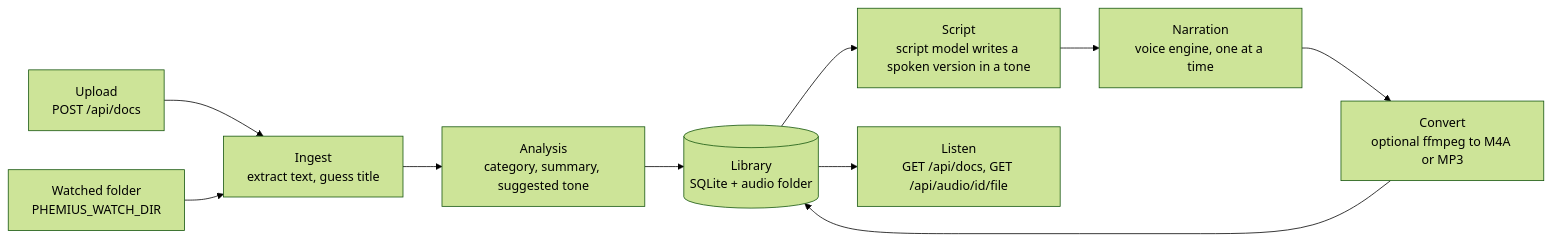
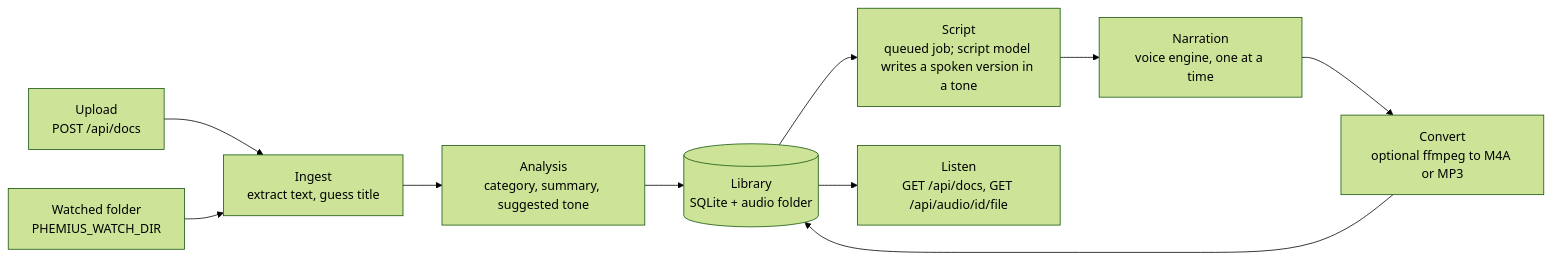
The diagram in docs/architecture.md (Ivangonz/phemius), drawn with Mermaid (forest theme) before and after one commit. The commit also changed other lines of this file and 22 other files, not shown here.

````diff
--- a/docs/architecture.md
+++ b/docs/architecture.md
@@ -11,12 +11,12 @@
 ```mermaid
 flowchart LR
     upload["Upload<br/>POST /api/docs"] --> ingest
     watch["Watched folder<br/>PHEMIUS_WATCH_DIR"] --> ingest
     ingest["Ingest<br/>extract text, guess title"] --> analysis
     analysis["Analysis<br/>category, summary, suggested tone"] --> store[("Library<br/>SQLite + audio folder")]
-    store --> script["Script<br/>script model writes a spoken version in a tone"]
+    store --> script["Script<br/>queued job; script model writes a spoken version in a tone"]
     script --> narration["Narration<br/>voice engine, one at a time"]
     narration --> convert["Convert<br/>optional ffmpeg to M4A or MP3"]
     convert --> store
     store --> player["Listen<br/>GET /api/docs, GET /api/audio/id/file"]
 ```
````
